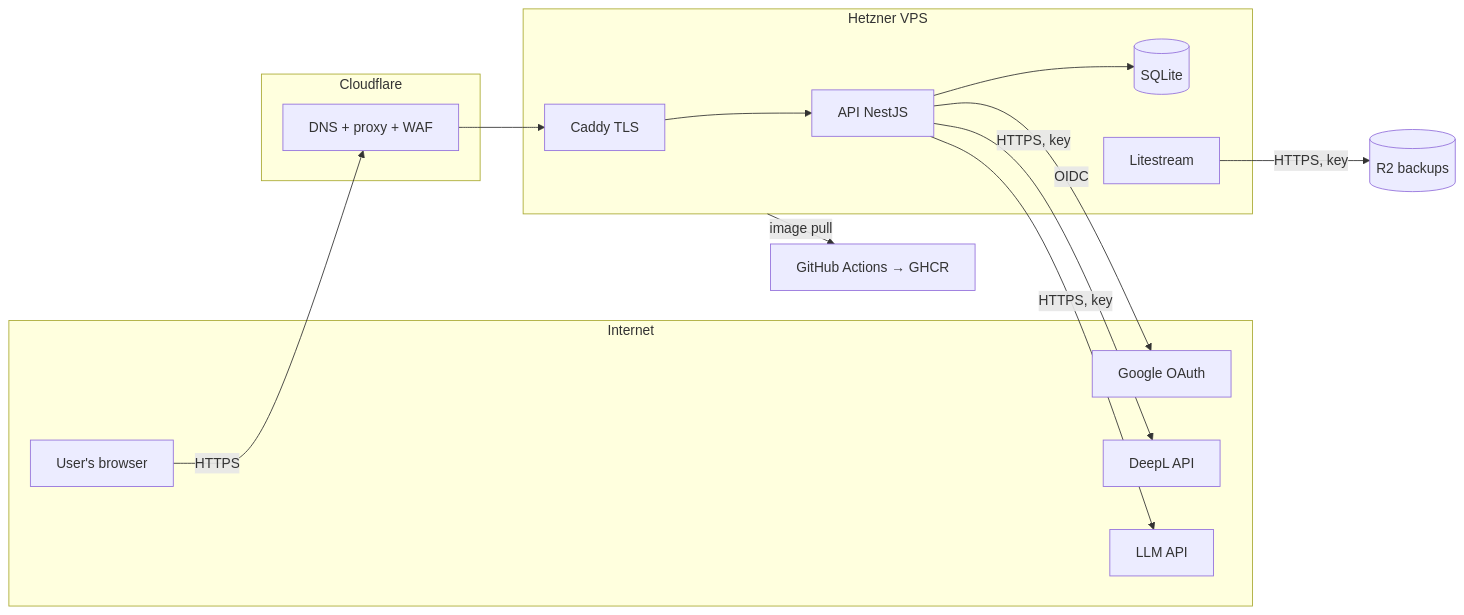
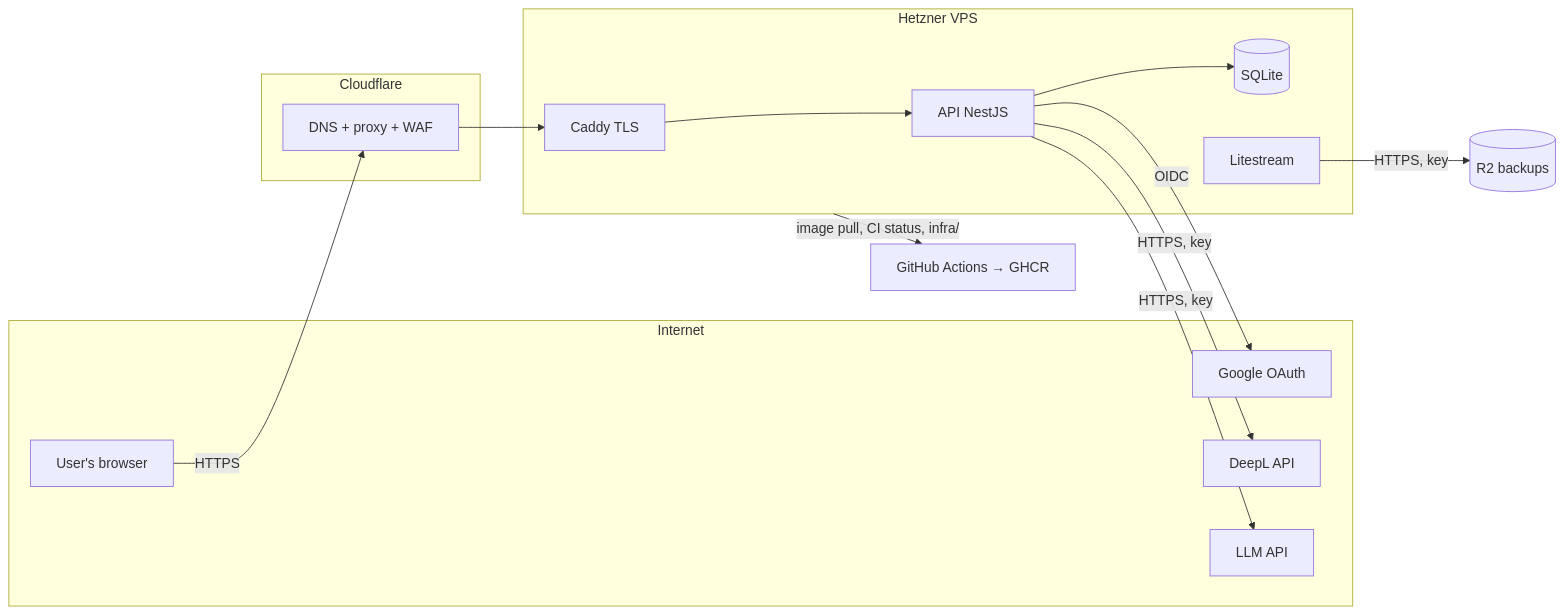
Before and after one commit to sergei-solonitcyn/barbro-docs: the diagram in threat-model.md, drawn with Mermaid. The commit also changed other lines of this file and 3 other files, not shown here.

````diff
--- a/threat-model.md
+++ b/threat-model.md
@@ -20,26 +21,26 @@
 ```mermaid
 flowchart LR
   subgraph internet[Internet]
     U[User's browser]
     G[Google OAuth]
     D[DeepL API]
     L[LLM API]
   end
   subgraph cf[Cloudflare]
     P[DNS + proxy + WAF]
   end
   subgraph vps[Hetzner VPS]
     C[Caddy TLS]
     A[API NestJS]
     S[(SQLite)]
     B[Litestream]
   end
   R[(R2 backups)]
   GH[GitHub Actions → GHCR]
   U -->|HTTPS| P --> C --> A --> S
   A -->|OIDC| G
   A -->|HTTPS, key| D
   A -->|HTTPS, key| L
   B -->|HTTPS, key| R
-  vps -->|image pull| GH
+  vps -->| image pull, CI status, infra/|GH
 ```
````
